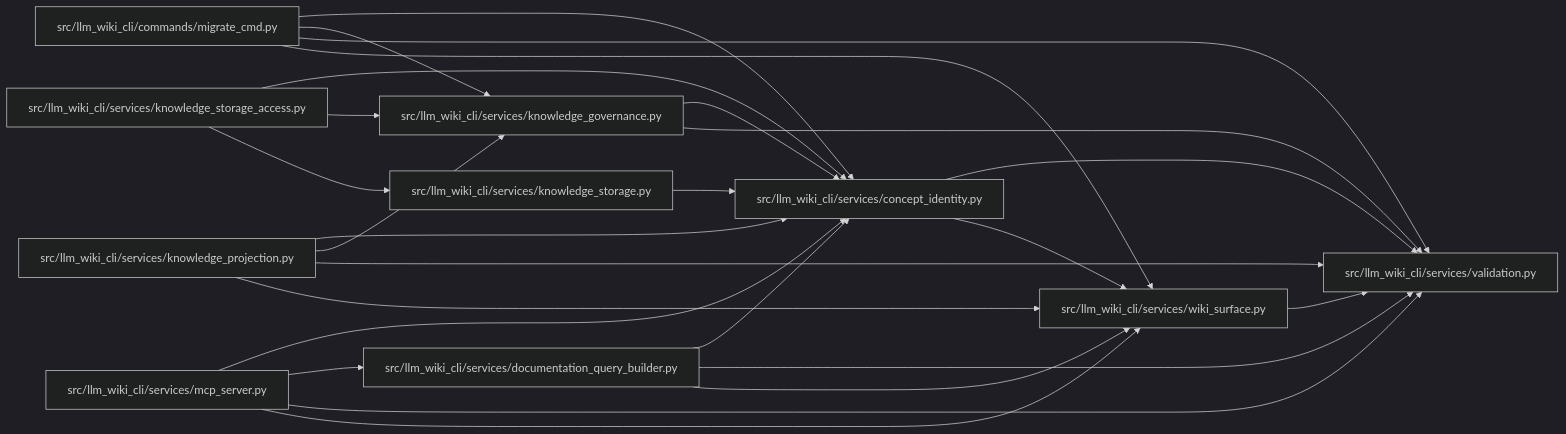
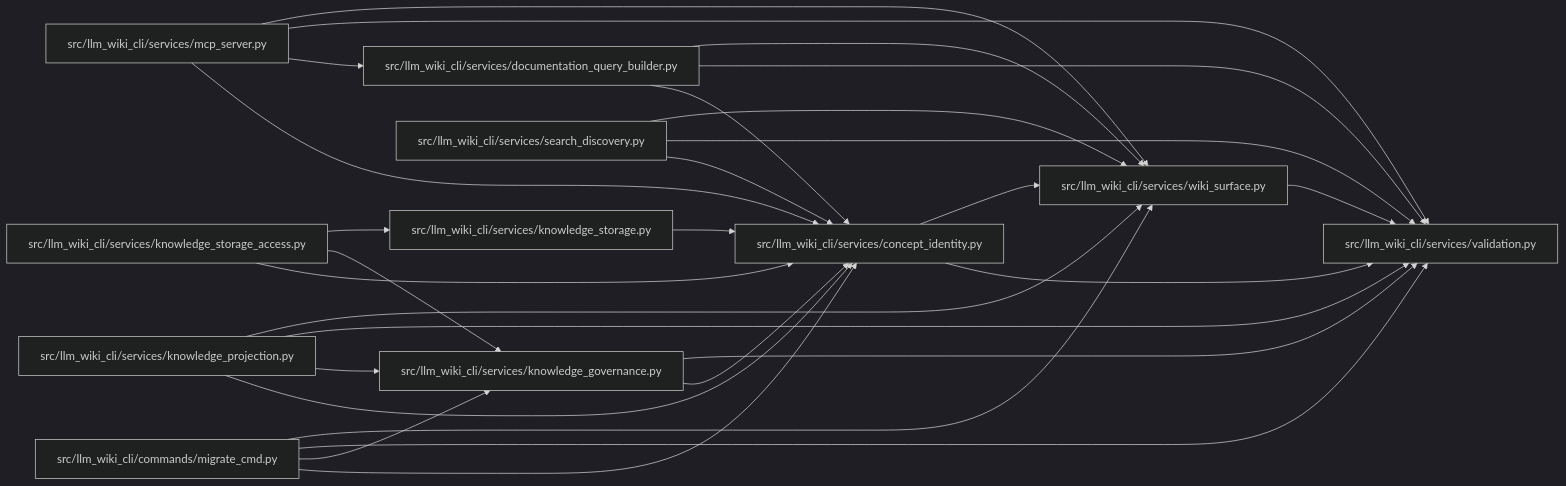
One commit to Denissvgn/python-wiki-llm changed the diagram in docs/llm_wiki/modules/concept_identity.md. Above: the diagram before and after it, drawn with Mermaid (dark theme). The commit also changed other lines of this file and 450 other files, not shown here.

````diff
--- a/docs/llm_wiki/modules/concept_identity.md
+++ b/docs/llm_wiki/modules/concept_identity.md
@@ -41,47 +41,52 @@
 ```mermaid
 flowchart LR
     n0["src/llm_wiki_cli/commands/migrate_cmd.py"]
     n1["src/llm_wiki_cli/services/concept_identity.py"]
     n2["src/llm_wiki_cli/services/documentation_query_builder.py"]
     n3["src/llm_wiki_cli/services/knowledge_governance.py"]
     n4["src/llm_wiki_cli/services/knowledge_projection.py"]
     n5["src/llm_wiki_cli/services/knowledge_storage.py"]
     n6["src/llm_wiki_cli/services/knowledge_storage_access.py"]
     n7["src/llm_wiki_cli/services/mcp_server.py"]
-    n8["src/llm_wiki_cli/services/validation.py"]
-    n9["src/llm_wiki_cli/services/wiki_surface.py"]
+    n8["src/llm_wiki_cli/services/search_discovery.py"]
+    n9["src/llm_wiki_cli/services/validation.py"]
+    n10["src/llm_wiki_cli/services/wiki_surface.py"]
     n0 --> n1
     n0 --> n3
-    n0 --> n8
     n0 --> n9
-    n1 --> n8
+    n0 --> n10
     n1 --> n9
+    n1 --> n10
     n2 --> n1
-    n2 --> n8
     n2 --> n9
+    n2 --> n10
     n3 --> n1
-    n3 --> n8
+    n3 --> n9
     n4 --> n1
     n4 --> n3
-    n4 --> n8
     n4 --> n9
+    n4 --> n10
     n5 --> n1
     n6 --> n1
     n6 --> n3
     n6 --> n5
     n7 --> n1
     n7 --> n2
-    n7 --> n8
     n7 --> n9
-    n9 --> n8
+    n7 --> n10
+    n8 --> n1
+    n8 --> n9
+    n8 --> n10
+    n10 --> n9
     click n0 "../modules/migrate_cmd.md"
     click n1 "../modules/concept_identity.md"
     click n2 "../modules/documentation_query_builder.md"
     click n3 "../modules/knowledge_governance.md"
     click n4 "../modules/knowledge_projection.md"
     click n5 "../modules/knowledge_storage.md"
     click n6 "../modules/knowledge_storage_access.md"
     click n7 "../modules/mcp_server.md"
-    click n8 "../modules/validation.md"
-    click n9 "../modules/wiki_surface.md"
+    click n8 "../modules/search_discovery.md"
+    click n9 "../modules/validation.md"
+    click n10 "../modules/wiki_surface.md"
 ```
````
